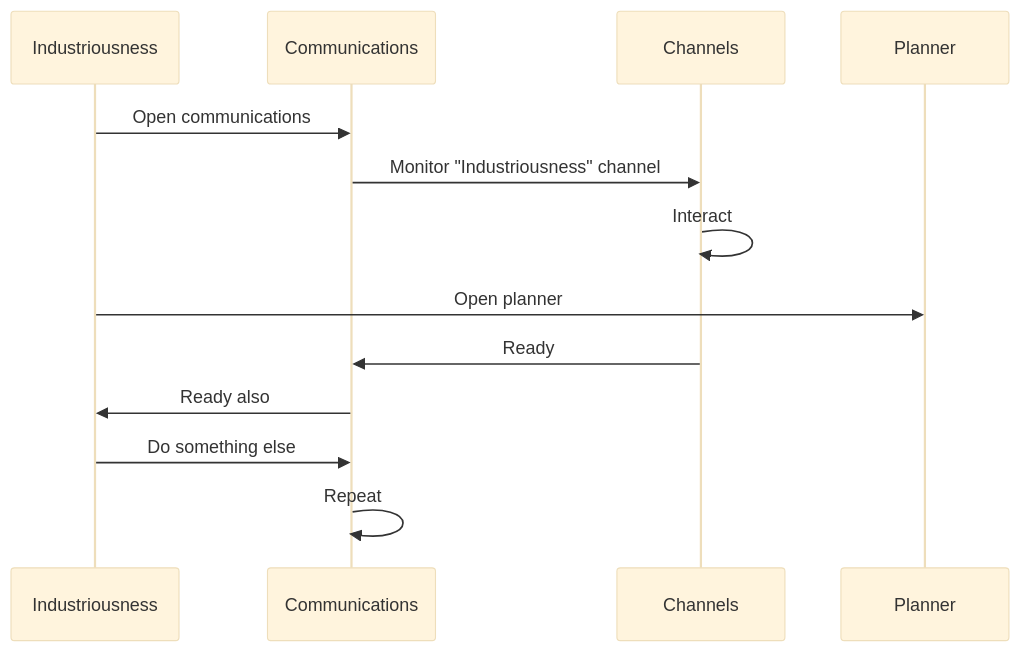
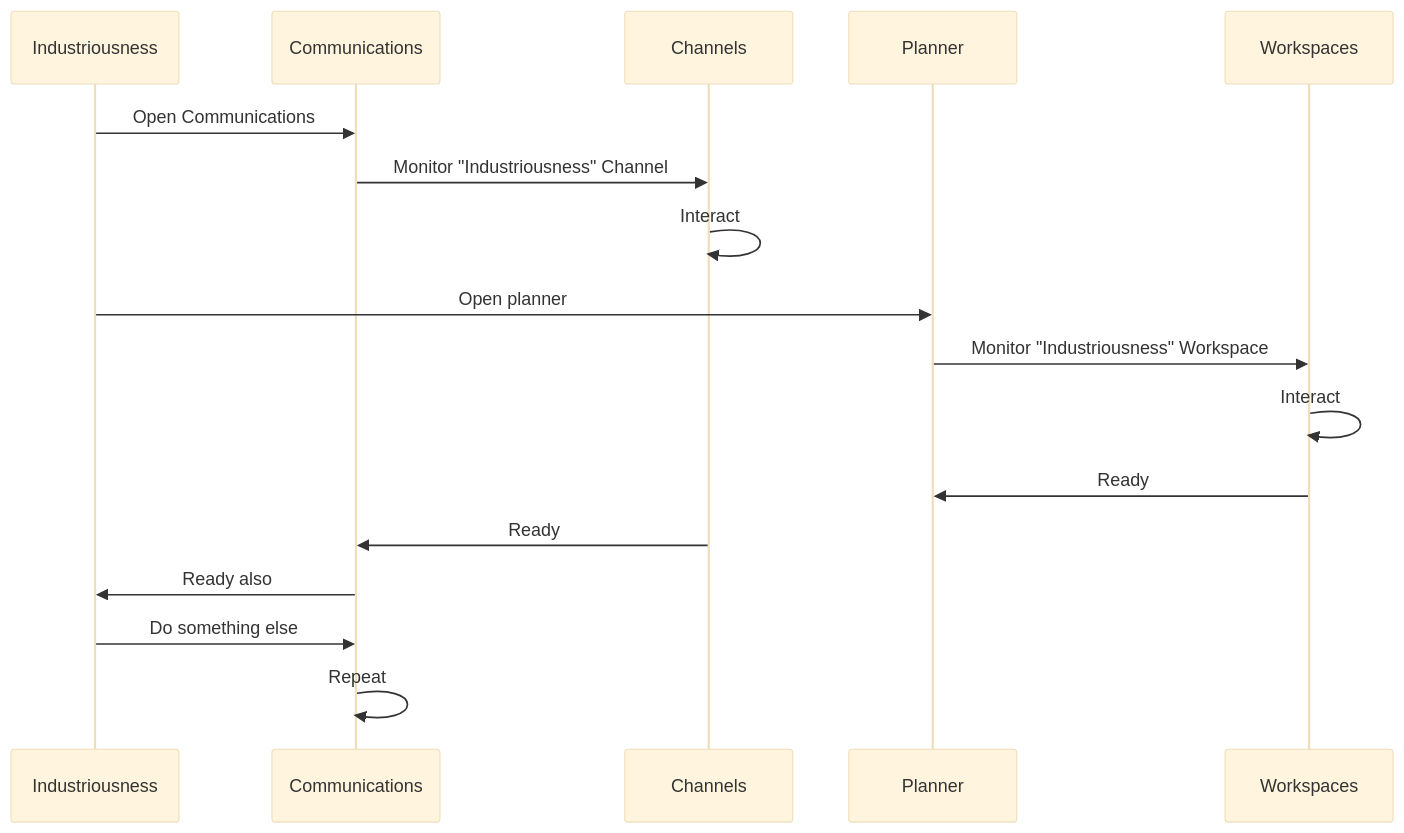
The second of 2 diagrams in 300/README.md (vanHeemstraSystems/industriousness), drawn with Mermaid (base theme) before and after one commit.

````diff
--- a/300/README.md
+++ b/300/README.md
@@ -21,15 +21,19 @@
 ```mermaid
 sequenceDiagram
     participant Industriousness
     participant Communications
     participant Channels
     participant Planner
-    Industriousness->>Communications: Open communications
-    Communications->>Channels: Monitor "Industriousness" channel
+    participant Workspaces
+    Industriousness->>Communications: Open Communications
+    Communications->>Channels: Monitor "Industriousness" Channel
     Channels->>Channels: Interact
     Industriousness->>Planner: Open planner
+    Planner->>Workspaces: Monitor "Industriousness" Workspace
+    Workspaces->>Workspaces: Interact
+    Workspaces->>Planner: Ready
     Channels->>Communications: Ready
     Communications->>Industriousness: Ready also
     Industriousness->>Communications: Do something else
     Communications->>Communications: Repeat
 ```
````
